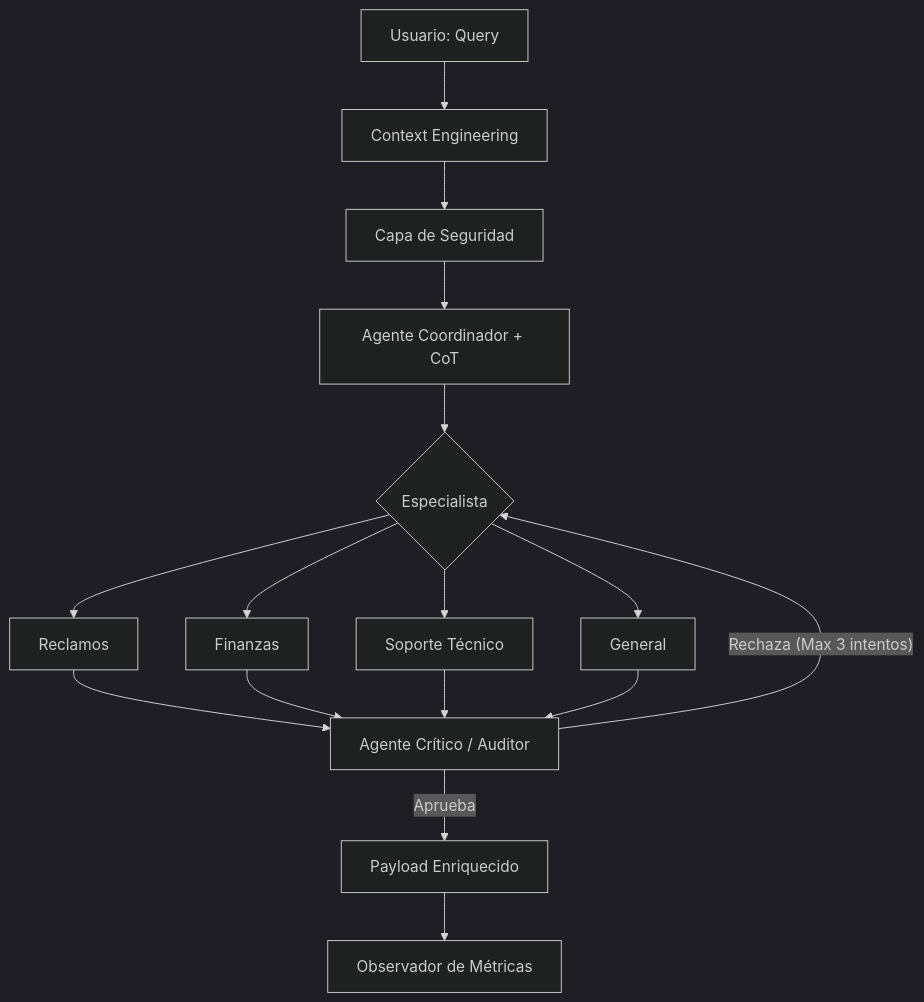
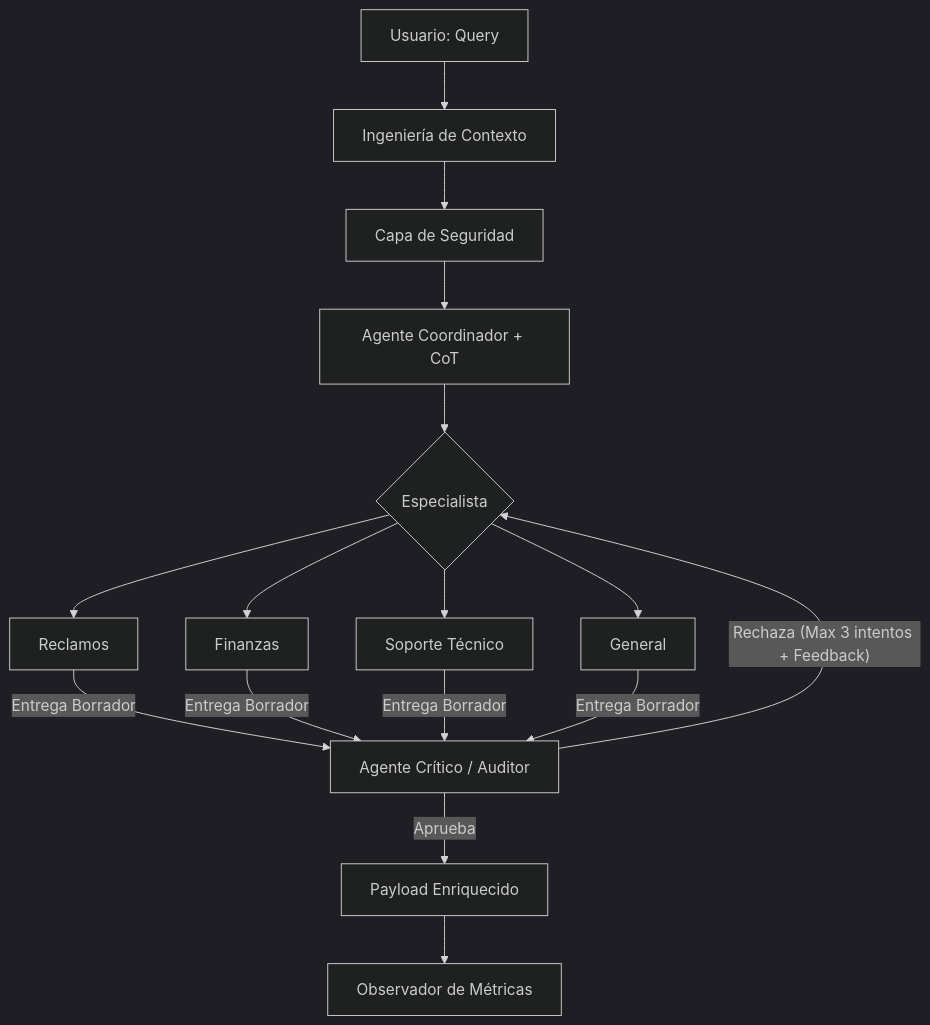
Before and after one commit to cesesteban/Multi-Agent-Routing-System: the diagram in architecture_reports/architecture_reports_es.md, drawn with Mermaid (dark theme). The commit also changed 3 other files, not shown here.

````diff
--- a/architecture_reports/architecture_reports_es.md
+++ b/architecture_reports/architecture_reports_es.md
@@ -7,15 +7,15 @@
 ```mermaid
 graph TD
-    A[Usuario: Query] --> B[Context Engineering]
+    A[Usuario: Query] --> B[Ingeniería de Contexto]
     B --> C[Capa de Seguridad]
     C --> D[Agente Coordinador + CoT]
     D --> E{Especialista}
     E --> F[Reclamos]
     E --> G[Finanzas]
     E --> H[Soporte Técnico]
     E --> I[General]
-    F & G & H & I --> J[Agente Crítico / Auditor]
-    J -- Rechaza (Max 3 intentos) --> E
-    J -- Aprueba --> K[Payload Enriquecido]
+    F & G & H & I -- "Entrega Borrador" --> J[Agente Crítico / Auditor]
+    J -- "Rechaza (Max 3 intentos + Feedback)" --> E
+    J -- "Aprueba" --> K[Payload Enriquecido]
     K --> L[Observador de Métricas]
 ```
````
